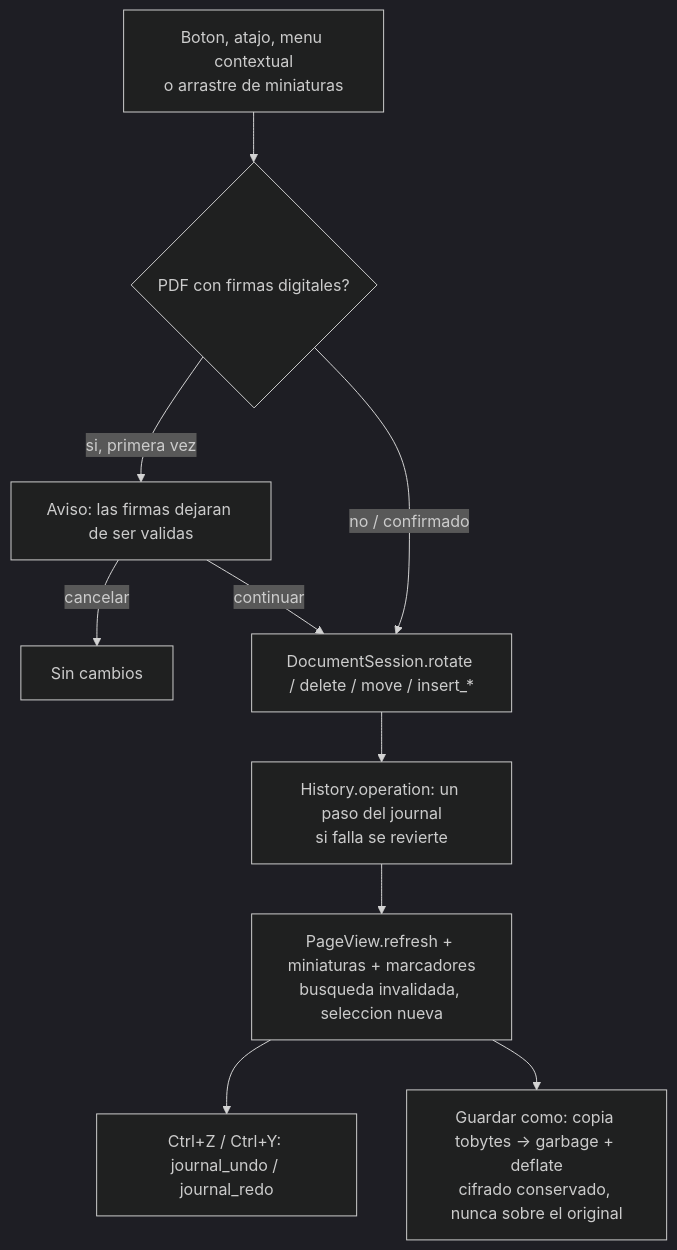
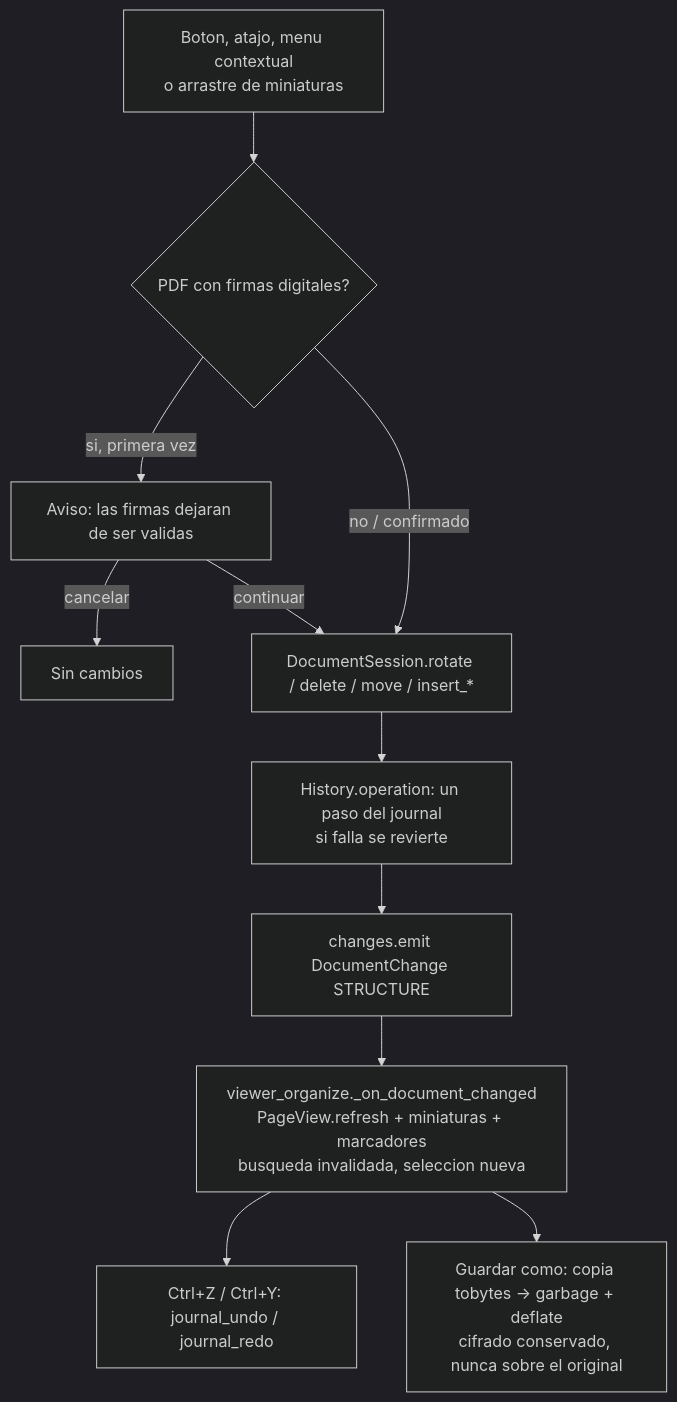
Before and after one commit to avilasebastianl/PDF_Management: the eighth of 10 diagrams in README.md, drawn with Mermaid (dark theme). The commit also changed other lines of this file and 73 other files, not shown here.

````diff
--- a/README.md
+++ b/README.md
@@ -408,11 +452,12 @@
 ```mermaid
 flowchart TD
     A[Boton, atajo, menu contextual<br/>o arrastre de miniaturas] --> B{PDF con firmas digitales?}
     B -- si, primera vez --> C[Aviso: las firmas dejaran de ser validas] -- cancelar --> X[Sin cambios]
     B -- no / confirmado --> D[DocumentSession.rotate / delete / move / insert_*]
     C -- continuar --> D
     D --> E[History.operation: un paso del journal<br/>si falla se revierte]
-    E --> F[PageView.refresh + miniaturas + marcadores<br/>busqueda invalidada, seleccion nueva]
+    E --> N[changes.emit DocumentChange STRUCTURE]
+    N --> F[viewer_organize._on_document_changed<br/>PageView.refresh + miniaturas + marcadores<br/>busqueda invalidada, seleccion nueva]
     F --> G[Ctrl+Z / Ctrl+Y: journal_undo / journal_redo]
     F --> H[Guardar como: copia tobytes -> garbage + deflate<br/>cifrado conservado, nunca sobre el original]
 ```
````
